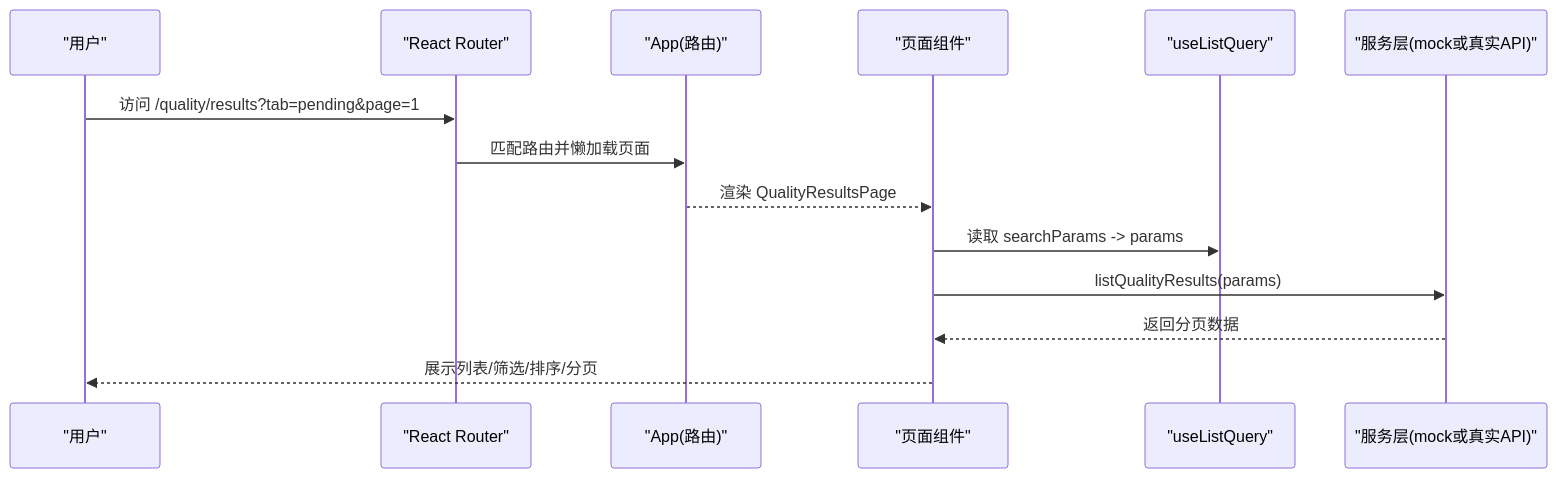
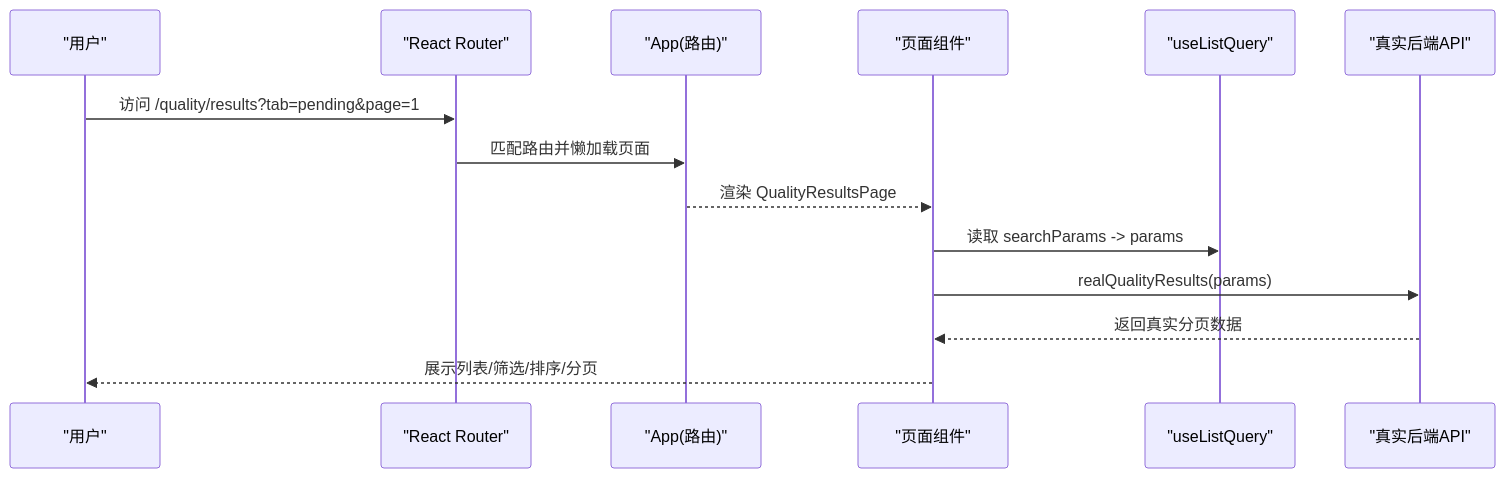
Before and after one commit to huiliuxu780/MoreThanCorn: the first of 5 diagrams in .qoder/repowiki/zh/content/前端架构与页面清单.md, drawn with Mermaid. The commit also changed other lines of this file and 25 other files, not shown here.

````diff
--- a/.qoder/repowiki/zh/content/前端架构与页面清单.md
+++ b/.qoder/repowiki/zh/content/前端架构与页面清单.md
@@ -48,16 +53,16 @@
 ```mermaid
 sequenceDiagram
 participant U as "用户"
 participant R as "React Router"
 participant A as "App(路由)"
 participant P as "页面组件"
 participant H as "useListQuery"
-participant S as "服务层(mock或真实API)"
+participant S as "真实后端API"
 U->>R : 访问 /quality/results?tab=pending&page=1
 R->>A : 匹配路由并懒加载页面
 A-->>P : 渲染 QualityResultsPage
 P->>H : 读取 searchParams -> params
-P->>S : listQualityResults(params)
-S-->>P : 返回分页数据
+P->>S : realQualityResults(params)
+S-->>P : 返回真实分页数据
 P-->>U : 展示列表/筛选/排序/分页
 ```
````
